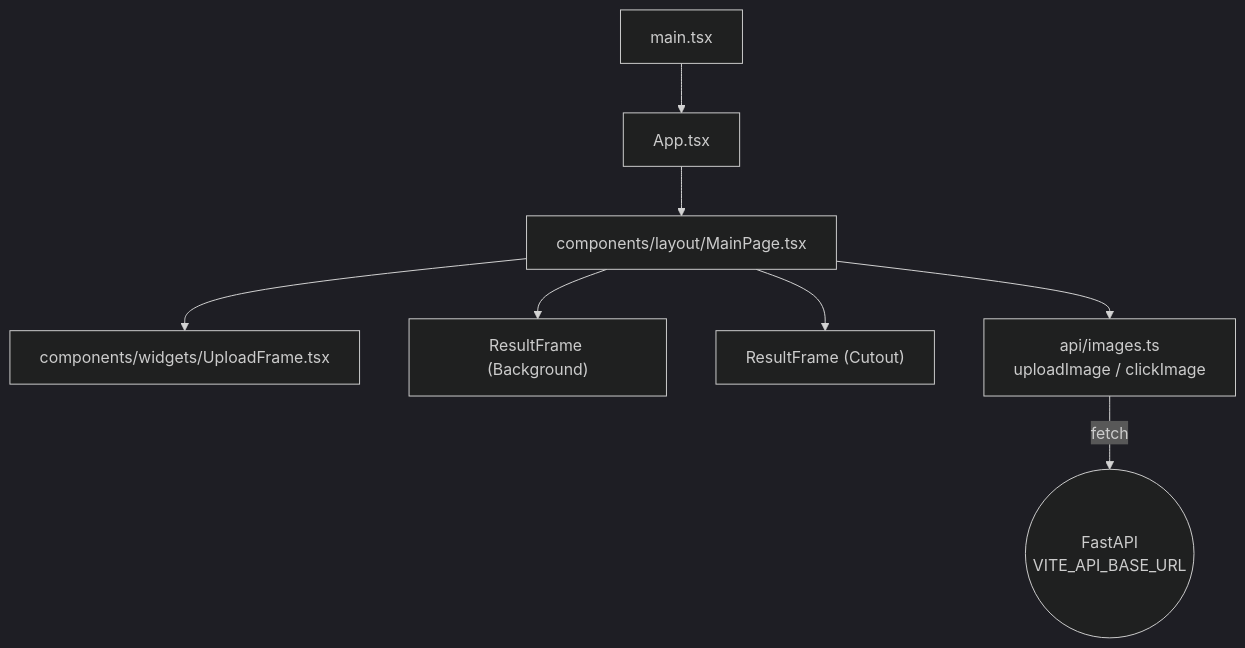
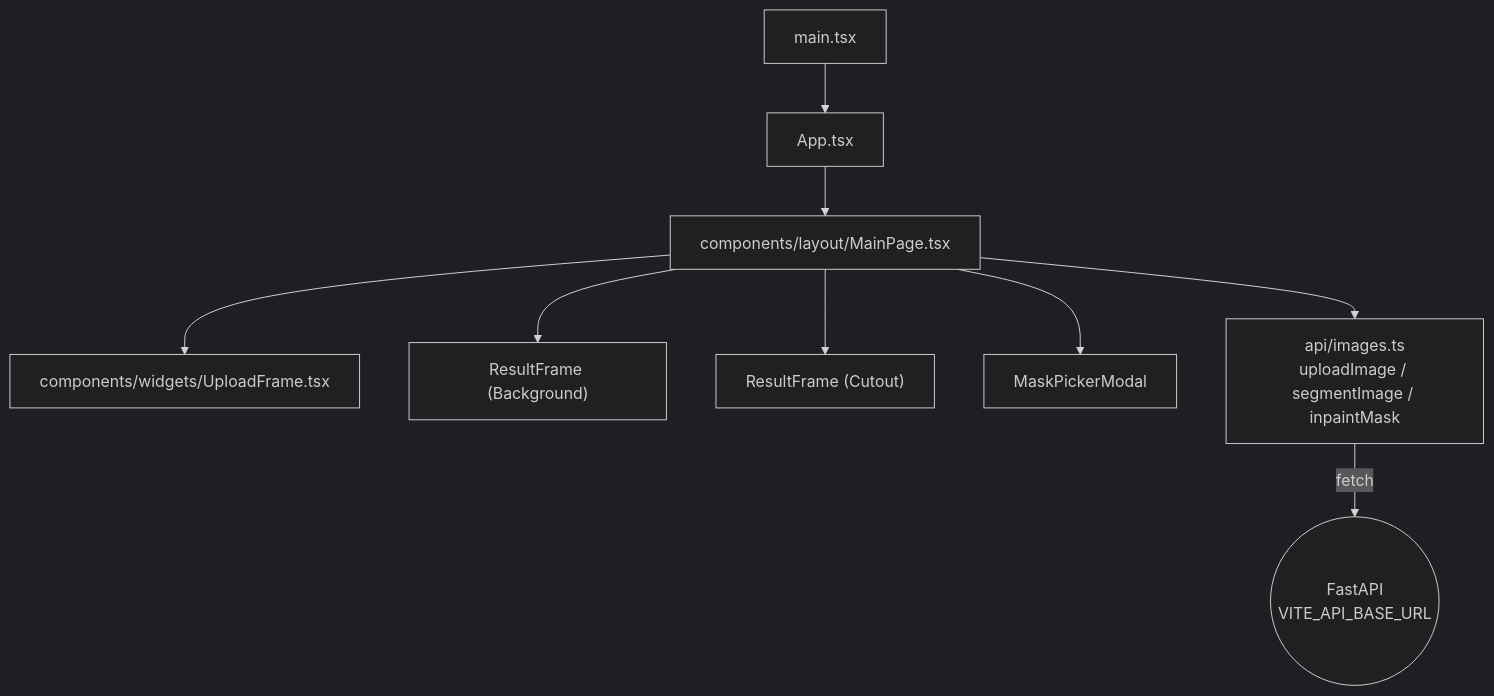
One commit to 1mache/avroom changed the diagram in docs/frontend/README.md. Above: the diagram before and after it, drawn with Mermaid (dark theme). The commit also changed 25 other files, not shown here.

````diff
--- a/docs/frontend/README.md
+++ b/docs/frontend/README.md
@@ -16,10 +16,11 @@
 ```mermaid
 flowchart TD
     main["main.tsx"] --> App["App.tsx"]
     App --> MainPage["components/layout/MainPage.tsx"]
     MainPage --> UploadFrame["components/widgets/UploadFrame.tsx"]
     MainPage --> ResultBg["ResultFrame (Background)"]
     MainPage --> ResultCo["ResultFrame (Cutout)"]
-    MainPage --> apiImages["api/images.ts<br/>uploadImage / clickImage"]
+    MainPage --> MaskPicker["MaskPickerModal"]
+    MainPage --> apiImages["api/images.ts<br/>uploadImage / segmentImage / inpaintMask"]
     apiImages -->|fetch| Backend(("FastAPI<br/>VITE_API_BASE_URL"))
 ```
````
